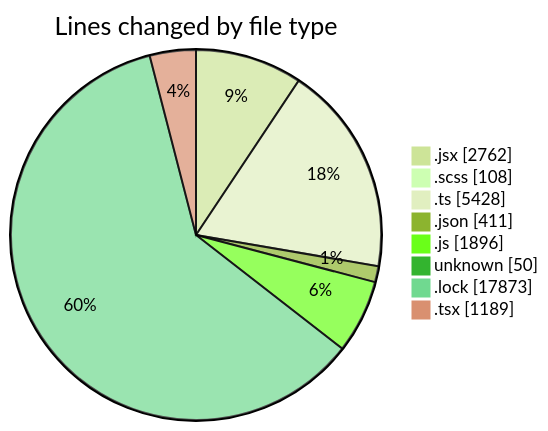
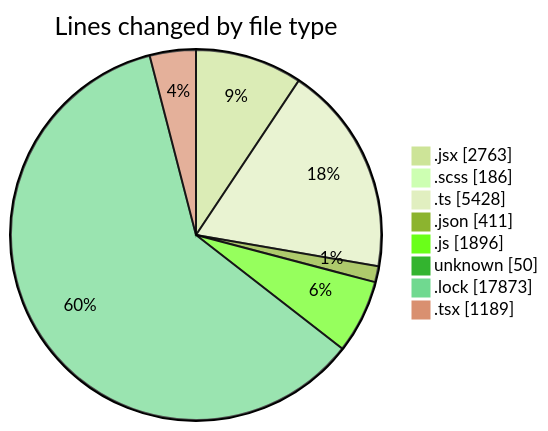
The first of 2 diagrams in 2026-09-01/cda/README.md (momahboobian/code-tracking), drawn with Mermaid (forest theme) before and after one commit. The commit also changed other lines of this file and 1 other file, not shown here.

````diff
--- a/2026-09-01/cda/README.md
+++ b/2026-09-01/cda/README.md
@@ -77,12 +77,12 @@
 ```mermaid
 pie showData
 title Lines changed by file type
-".jsx" : 2762
-".scss" : 108
+".jsx" : 2763
+".scss" : 186
 ".ts" : 5428
 ".json" : 411
 ".js" : 1896
 "unknown" : 50
 ".lock" : 17873
 ".tsx" : 1189
 ```
````
